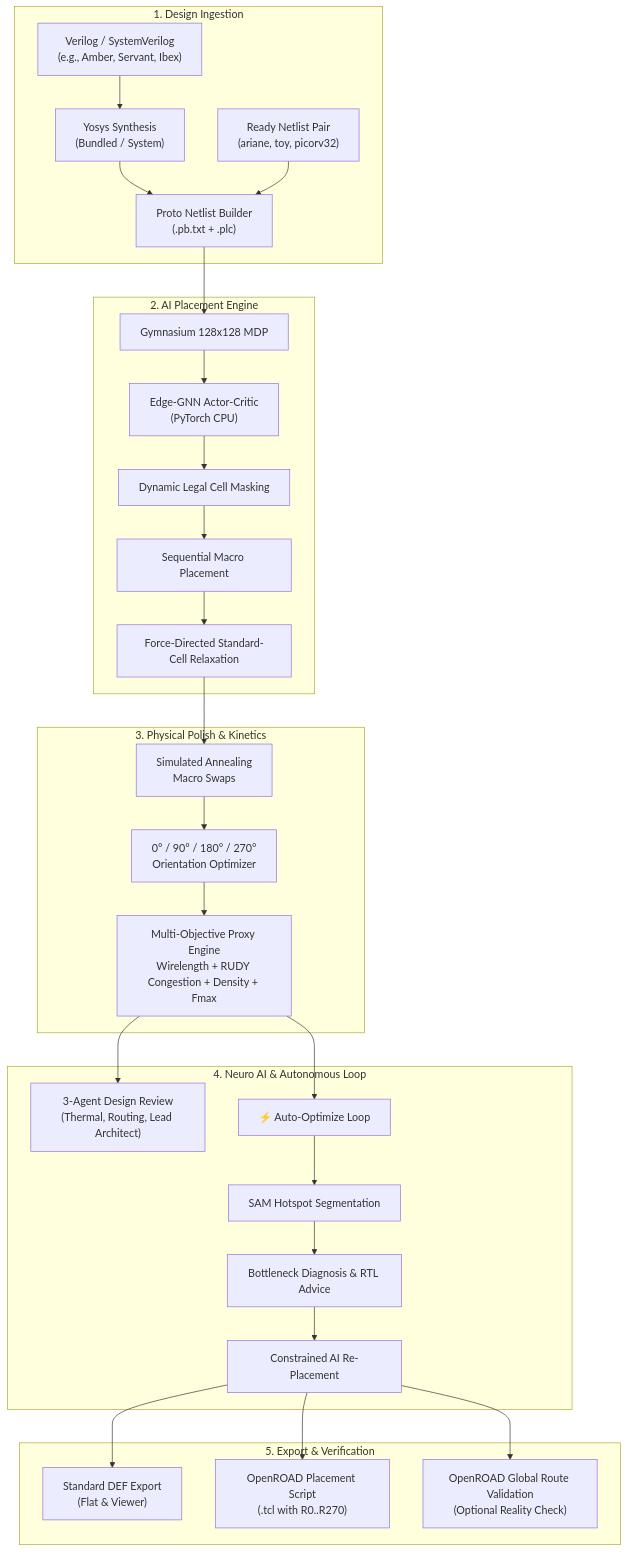
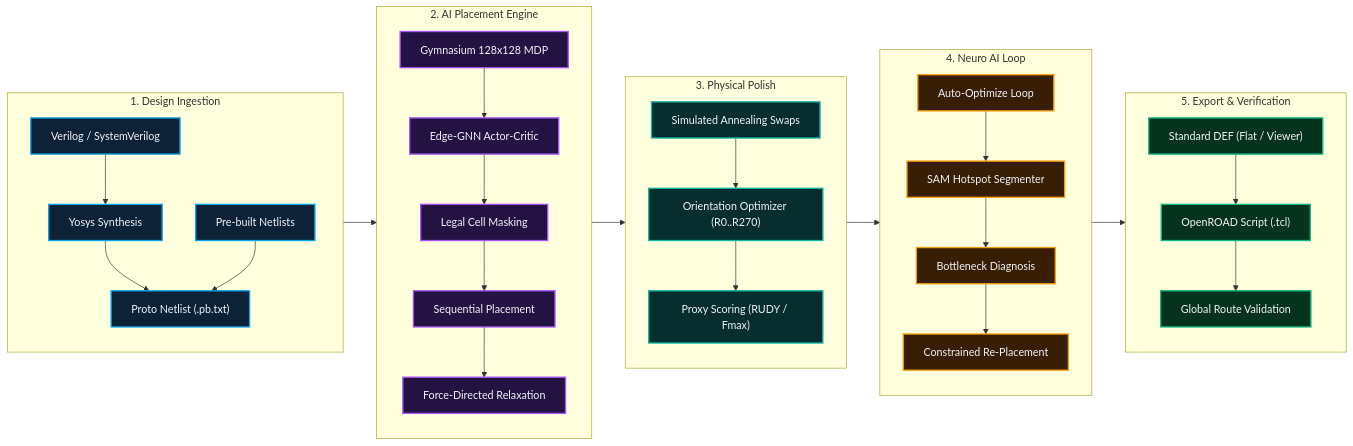
The diagram in README.md (IndhirajithHari/neuro-silicon), drawn with Mermaid before and after one commit.

Commit message:
docs: Convert architecture diagram to landscape layout with professional dark EDA theme

````diff
--- a/README.md
+++ b/README.md
@@ -46,36 +46,58 @@
 ```mermaid
-flowchart TD
-    subgraph INGESTION ["1. Design Ingestion"]
-        RTL["Verilog / SystemVerilog\n(e.g., Amber, Servant, Ibex)"] --> YOSYS["Yosys Synthesis\n(Bundled / System)"]
-        YOSYS --> PROTO["Proto Netlist Builder\n(.pb.txt + .plc)"]
-        READY["Ready Netlist Pair\n(ariane, toy, picorv32)"] --> PROTO
+flowchart LR
+    classDef ingestion fill:#0d2137,stroke:#0ea5e9,stroke-width:2px,color:#f1f5f9;
+    classDef engine fill:#241242,stroke:#a855f7,stroke-width:2px,color:#f1f5f9;
+    classDef polish fill:#062e2e,stroke:#14b8a6,stroke-width:2px,color:#f1f5f9;
+    classDef ailoop fill:#381e05,stroke:#f59e0b,stroke-width:2px,color:#f1f5f9;
+    classDef outputs fill:#06331e,stroke:#10b981,stroke-width:2px,color:#f1f5f9;
+
+    subgraph S1 ["1. Design Ingestion"]
+        direction TB
+        RTL["Verilog / SystemVerilog"]:::ingestion
+        YOSYS["Yosys Synthesis"]:::ingestion
+        READY["Pre-built Netlists"]:::ingestion
+        PROTO["Proto Netlist (.pb.txt)"]:::ingestion
+        RTL --> YOSYS --> PROTO
+        READY --> PROTO
     end
 
-    subgraph ENGINE ["2. AI Placement Engine"]
-        PROTO --> MDP["Gymnasium 128x128 MDP"]
-        MDP --> GNN["Edge-GNN Actor-Critic\n(PyTorch CPU)"]
-        GNN --> MASK["Dynamic Legal Cell Masking"]
-        MASK --> PLACE["Sequential Macro Placement"]
-        PLACE --> RELAX["Force-Directed Standard-Cell Relaxation"]
+    subgraph S2 ["2. AI Placement Engine"]
+        direction TB
+        MDP["Gymnasium 128x128 MDP"]:::engine
+        GNN["Edge-GNN Actor-Critic"]:::engine
+        MASK["Legal Cell Masking"]:::engine
+        PLACE["Sequential Placement"]:::engine
+        RELAX["Force-Directed Relaxation"]:::engine
+        MDP --> GNN --> MASK --> PLACE --> RELAX
     end
 
-    subgraph POLISH ["3. Physical Polish & Kinetics"]
-        RELAX --> SA["Simulated Annealing\nMacro Swaps"]
-        SA --> FLIP["0° / 90° / 180° / 270°\nOrientation Optimizer"]
-        FLIP --> PROXY["Multi-Objective Proxy Engine\nWirelength + RUDY Congestion + Density + Fmax"]
+    subgraph S3 ["3. Physical Polish"]
+        direction TB
+        SA["Simulated Annealing Swaps"]:::polish
+        FLIP["Orientation Optimizer (R0..R270)"]:::polish
+        PROXY["Proxy Scoring (RUDY / Fmax)"]:::polish
+        SA --> FLIP --> PROXY
     end
 
-    subgraph AI_LOOP ["4. Neuro AI & Autonomous Loop"]
-        PROXY --> REVIEW["3-Agent Design Review\n(Thermal, Routing, Lead Architect)"]
-        PROXY --> AUTOLOOP["⚡ Auto-Optimize Loop"]
-        AUTOLOOP --> SAM["SAM Hotspot Segmentation"]
-        SAM --> ADVICE["Bottleneck Diagnosis & RTL Advice"]
-        ADVICE --> REPUTE["Constrained AI Re-Placement"]
+    subgraph S4 ["4. Neuro AI Loop"]
+        direction TB
+        AUTOLOOP["Auto-Optimize Loop"]:::ailoop
+        SAM["SAM Hotspot Segmenter"]:::ailoop
+        ADVICE["Bottleneck Diagnosis"]:::ailoop
+        REPUTE["Constrained Re-Placement"]:::ailoop
+        AUTOLOOP --> SAM --> ADVICE --> REPUTE
     end
 
-    subgraph OUTPUTS ["5. Export & Verification"]
-        REPUTE --> DEF["Standard DEF Export\n(Flat & Viewer)"]
-        REPUTE --> TCL["OpenROAD Placement Script\n(.tcl with R0..R270)"]
-        REPUTE --> ROUTE["OpenROAD Global Route Validation\n(Optional Reality Check)"]
+    subgraph S5 ["5. Export & Verification"]
+        direction TB
+        DEF["Standard DEF (Flat / Viewer)"]:::outputs
+        TCL["OpenROAD Script (.tcl)"]:::outputs
+        ROUTE["Global Route Validation"]:::outputs
+        DEF --> TCL --> ROUTE
     end
+
+    PROTO --> MDP
+    RELAX --> SA
+    PROXY --> AUTOLOOP
+    REPUTE --> DEF
 ```
````
